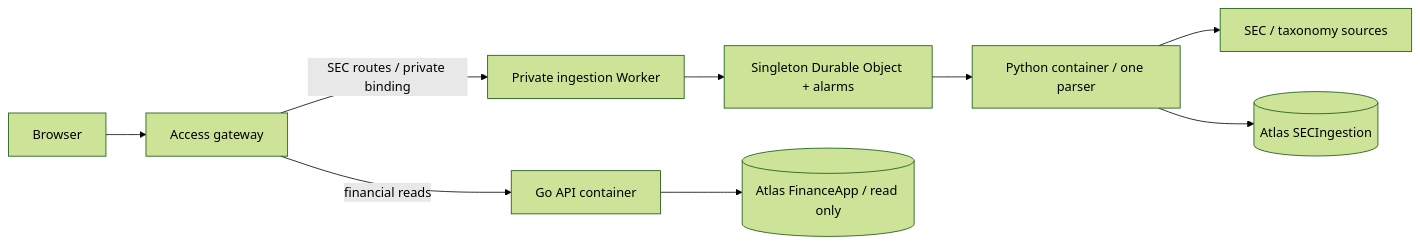
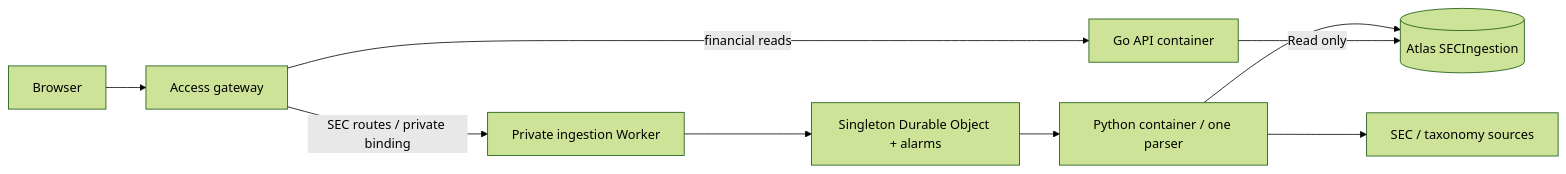
One commit to dizzydwarfus/finance-dashboard changed the diagram in docs/sec-ingestion.md. Above: the diagram before and after it, drawn with Mermaid (forest theme). The commit also changed other lines of this file and 60 other files, not shown here.

````diff
--- a/docs/sec-ingestion.md
+++ b/docs/sec-ingestion.md
@@ -5,11 +5,11 @@
 ```mermaid
 flowchart LR
     Browser --> Access[Access gateway]
     Access -->|financial reads| Go[Go API container]
     Access -->|SEC routes / private binding| Worker[Private ingestion Worker]
     Worker --> DO[Singleton Durable Object + alarms]
     DO --> Python[Python container / one parser]
     Python --> SEC[SEC / taxonomy sources]
     Python --> Mongo[(Atlas SECIngestion)]
-    Go --> Finance[(Atlas FinanceApp / read only)]
+    Go -->|Read only| Mongo
 ```
````
